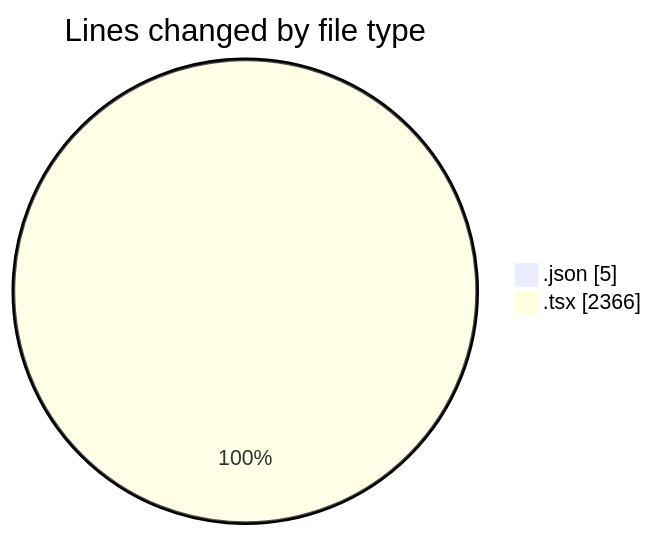
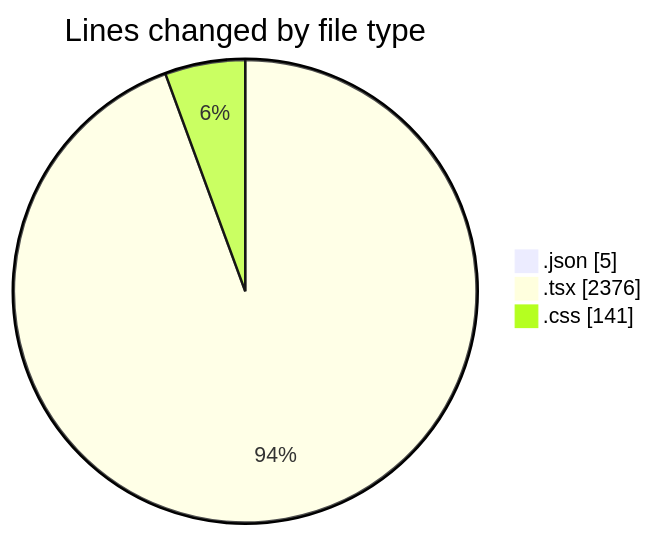
One commit to Elitesun/code-tracking changed the first of 2 diagrams in 2025-05-29/advertise/README.md. Above: the diagram before and after it, drawn with Mermaid. The commit also changed other lines of this file and 1 other file, not shown here.

````diff
--- a/2025-05-29/advertise/README.md
+++ b/2025-05-29/advertise/README.md
@@ -26,6 +27,7 @@
 ```mermaid
 pie showData
 title Lines changed by file type
 ".json" : 5
-".tsx" : 2366
+".tsx" : 2376
+".css" : 141
 ```
````
